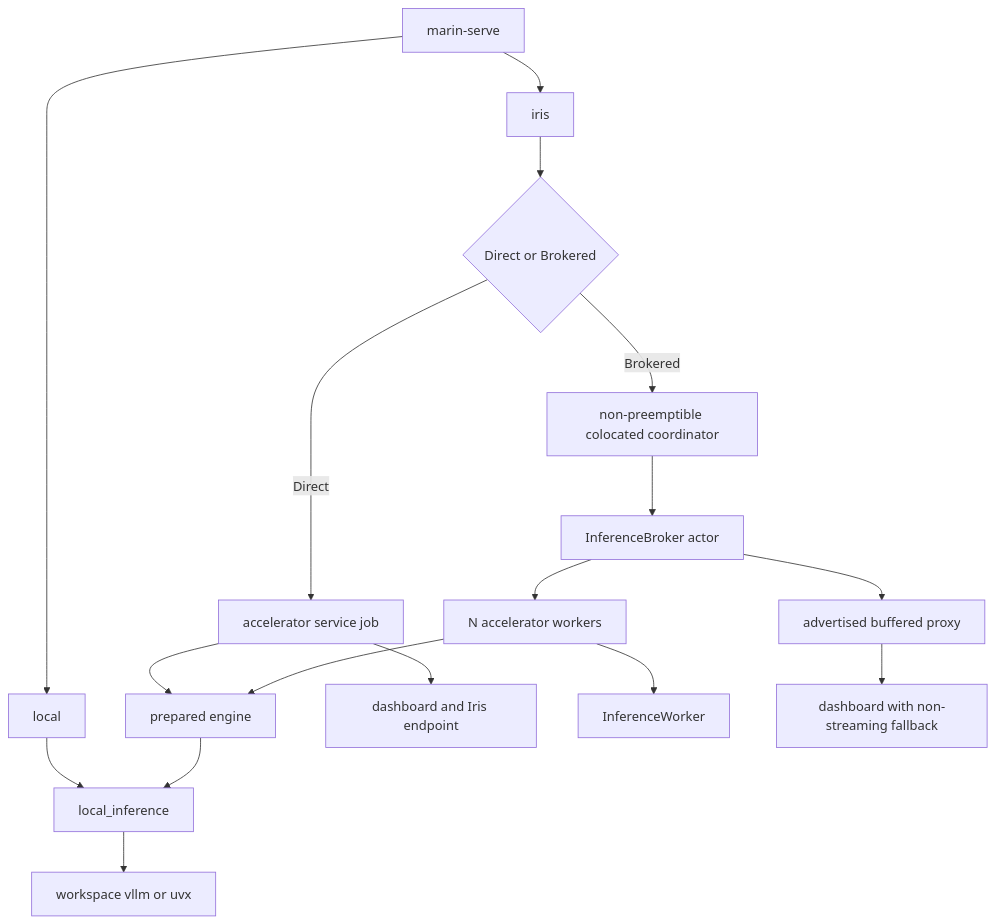
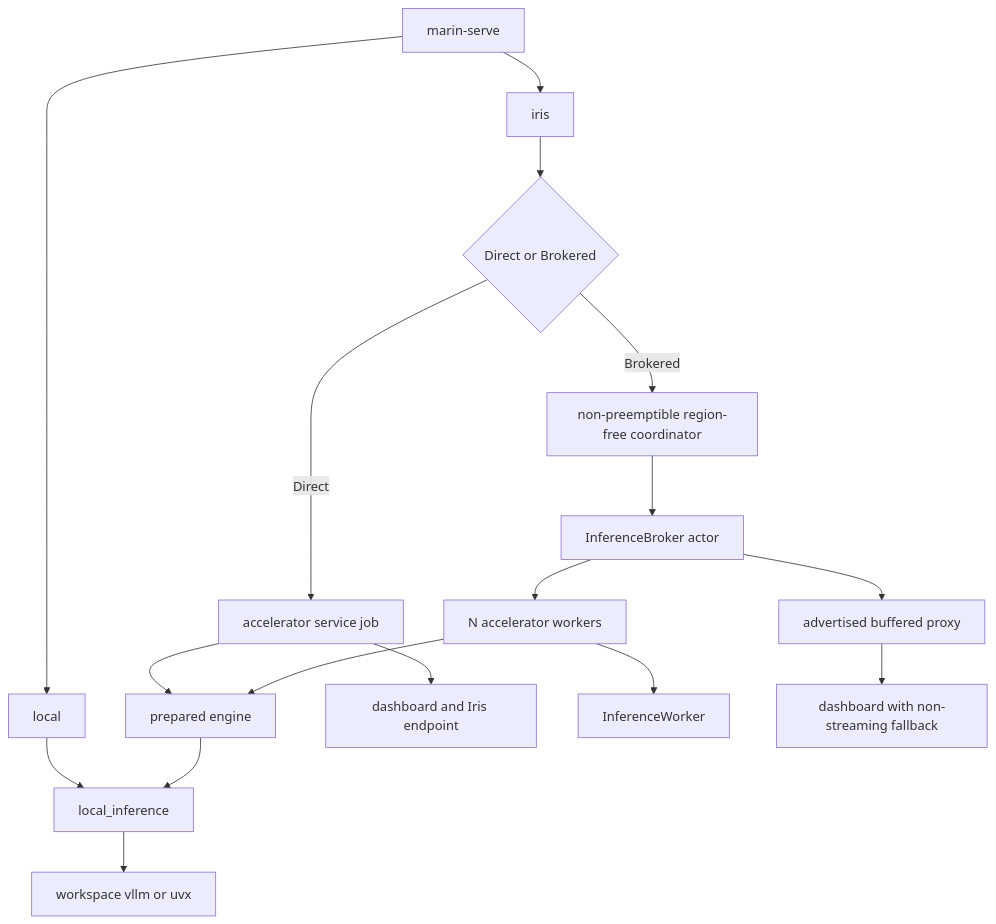
One commit to marin-community/marin changed the diagram in .agents/projects/2026-07-20_marin_serve_unification.md. Above: the diagram before and after it, drawn with Mermaid. The commit also changed other lines of this file and 9 other files, not shown here.

````diff
--- a/.agents/projects/2026-07-20_marin_serve_unification.md
+++ b/.agents/projects/2026-07-20_marin_serve_unification.md
@@ -287,21 +299,21 @@
 ```mermaid
 flowchart TD
     CLI[marin-serve] --> LOCAL[local]
     CLI --> IRIS[iris]
     LOCAL --> START[local_inference]
     START --> UVX[workspace vllm or uvx]
 
     IRIS --> POLICY{Direct or Brokered}
     POLICY -->|Direct| SERVICE[accelerator service job]
     SERVICE --> ENGINE[prepared engine]
     ENGINE --> START
     SERVICE --> ENDPOINT[dashboard and Iris endpoint]
 
-    POLICY -->|Brokered| COORD[non-preemptible colocated coordinator]
+    POLICY -->|Brokered| COORD[non-preemptible region-free coordinator]
     COORD --> BROKER[InferenceBroker actor]
     BROKER --> WORKERS[N accelerator workers]
     WORKERS --> ENGINE
     WORKERS --> POLL[InferenceWorker]
     BROKER --> BUFFERED[advertised buffered proxy]
     BUFFERED --> DASH[dashboard with non-streaming fallback]
 ```
````
